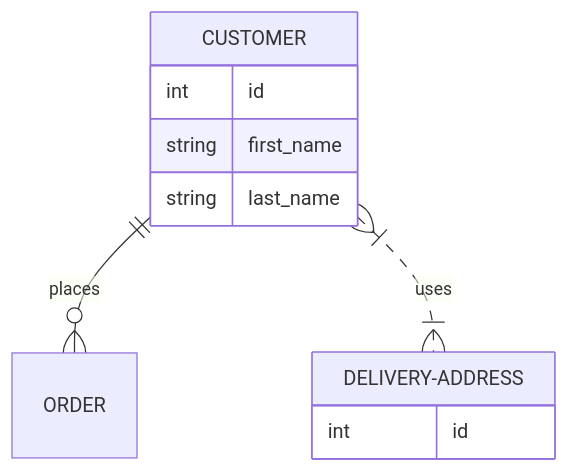
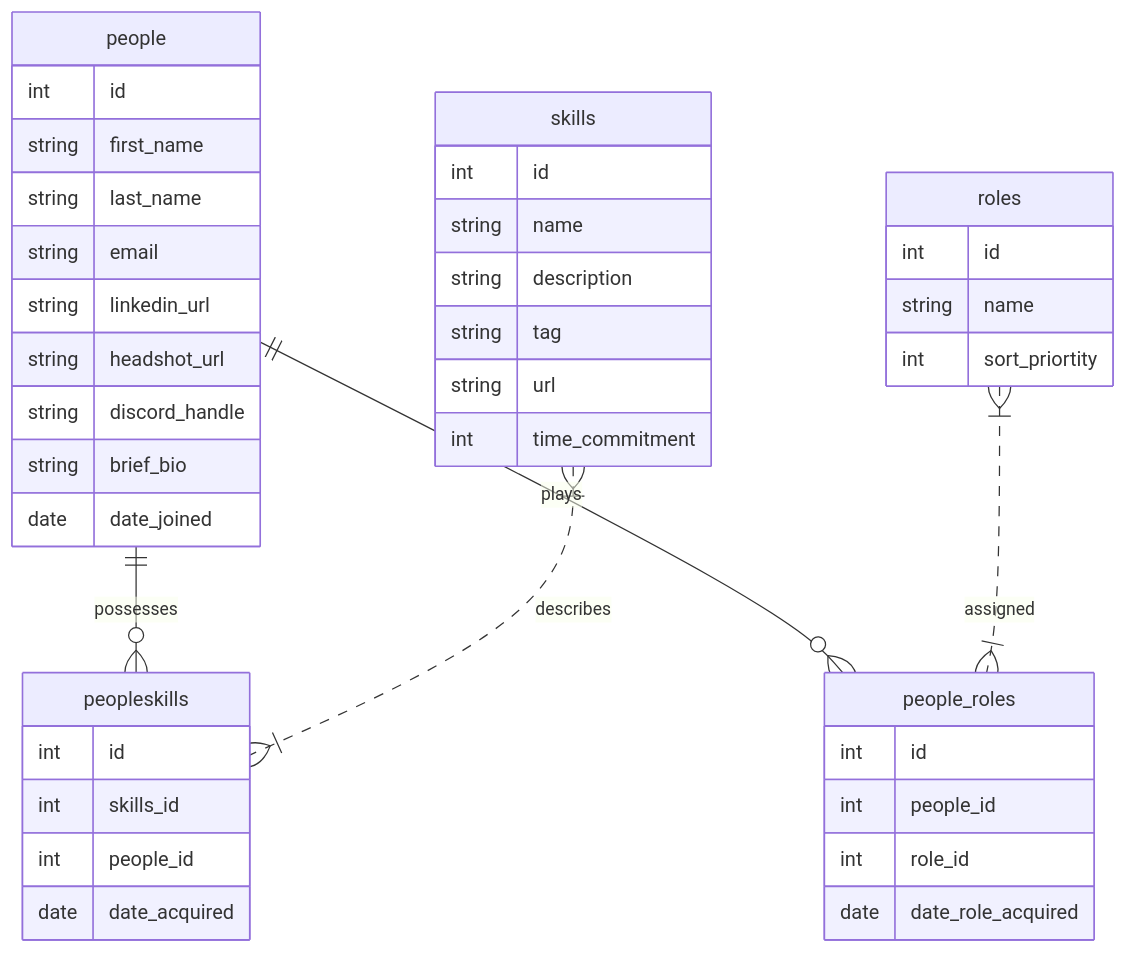
One commit to cmsc-vcu/cmsc508-fa2023-hw7-TahshonHolmes changed the diagram in hw7/hw7.qmd. Above: the diagram before and after it, drawn with Mermaid.

Commit message:
mermaid chart

````diff
--- a/hw7/hw7.qmd
+++ b/hw7/hw7.qmd
@@ -100,14 +100,48 @@
 ```{mermaid}
-%%| echo: false
 erDiagram
-    CUSTOMER ||--o{ ORDER : places
-    CUSTOMER }|..|{ DELIVERY-ADDRESS : uses
-    CUSTOMER{
-        int id
-        string first_name
-        string last_name
-    }
-    DELIVERY-ADDRESS {
-        int id
-    }
+    people ||--o{ peopleskills : possesses
+    skills }|..|{ peopleskills : describes
+    people ||--o{ people_roles : plays
+    roles }|..|{ people_roles : assigned
+
+skills{
+  int id 
+  string name 
+  string description
+  string tag 
+  string url 
+  int time_commitment
+}
+
+people {
+  int id 
+  string first_name
+  string last_name
+  string email
+  string linkedin_url
+  string headshot_url
+  string discord_handle
+  string brief_bio
+  date date_joined
+}
+
+peopleskills{
+    int id 
+    int skills_id 
+    int people_id 
+    date date_acquired
+}
+
+roles{
+    int id 
+    string name 
+    int sort_priortity
+}
+
+people_roles{
+    int id 
+    int people_id 
+    int role_id 
+    date date_role_acquired
+}
 ```
````
